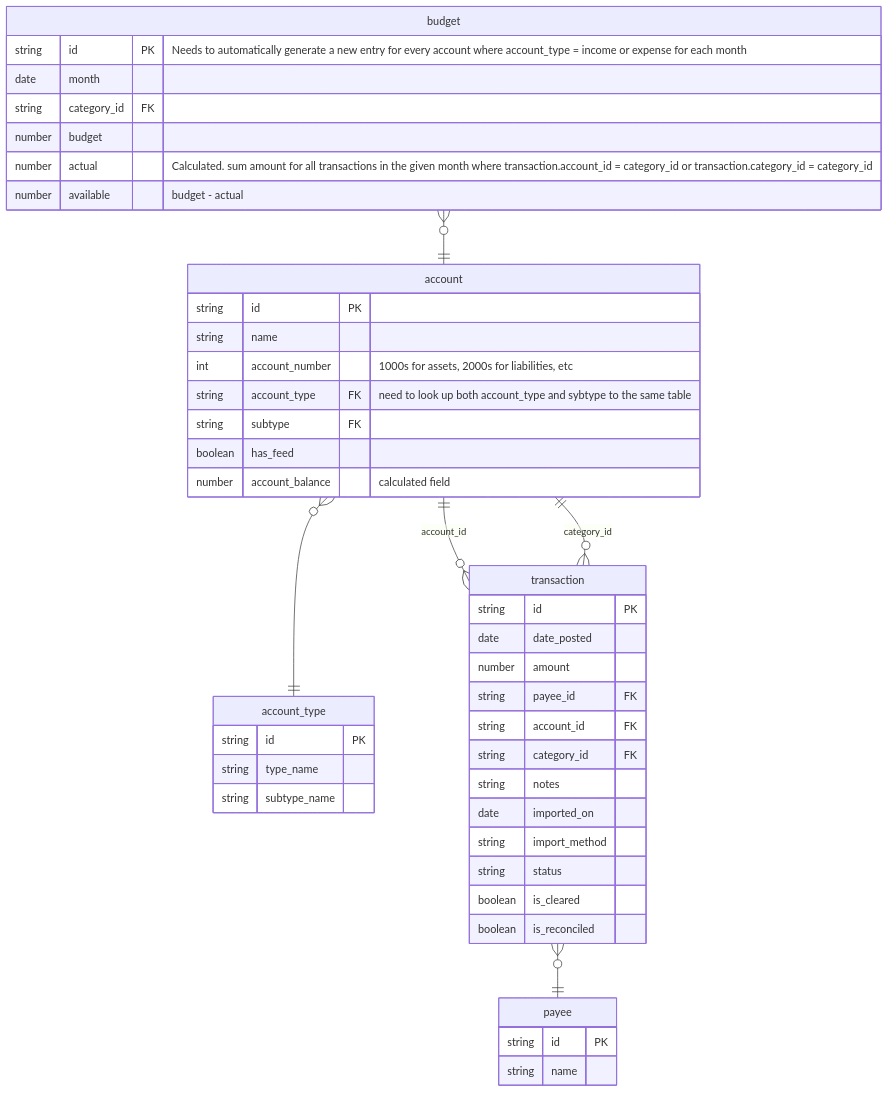
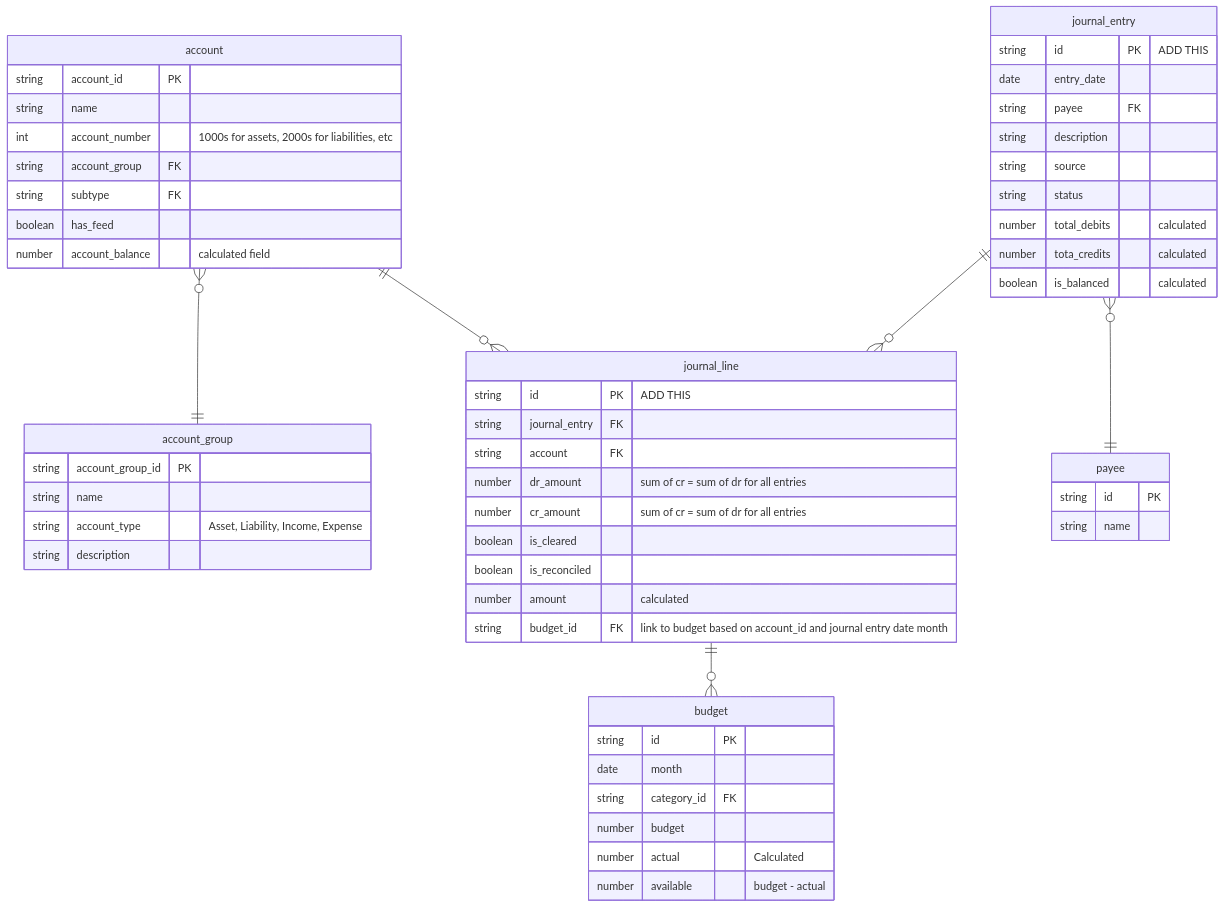
The diagram in docs/architecture.md (LePet1tPrince/koala_budget), drawn with Mermaid before and after one commit. The commit also changed other lines of this file, not shown here.

Commit message:
Document model structure in architecture.md
Added model structure diagram for financial architecture.

````diff
--- a/docs/architecture.md
+++ b/docs/architecture.md
@@ -10,56 +13,67 @@
 ```mermaid
 erDiagram
 	direction TB
 	payee {
 		string id PK ""
 		string name  ""
 	}
 
+	account_group {
+		string account_group_id PK ""
+		string name ""
+		string account_type "Asset, Liability, Income, Expense"
+		string description ""
+	}
+
+
 	account {
-		string id PK ""
+		string account_id PK ""
 		string name  ""
 		int account_number  "1000s for assets, 2000s for liabilities, etc"
-		string account_type FK " need to look up both account_type and sybtype to the same table"
+		string account_group FK ""
 		string subtype FK ""
 		boolean has_feed  ""
 		number account_balance  "calculated field"
 	}
 
-	account_type {
-		string id PK ""
-		string type_name  ""
-		string subtype_name  ""
+	journal_entry {
+		string id PK "ADD THIS"
+		date entry_date  ""
+		string payee FK ""
+		string description  ""
+		string source  ""
+		string status  ""
+		number total_debits "calculated"
+		number tota_credits "calculated"
+		boolean is_balanced "calculated"
+	}
+
+	journal_line {
+		string id PK "ADD THIS"
+		string journal_entry FK ""
+		string account FK ""
+		number dr_amount  "sum of cr = sum of dr for all entries"
+		number cr_amount  "sum of cr = sum of dr for all entries"
+		boolean is_cleared  ""
+		boolean is_reconciled  ""
+		number amount "calculated"
+		string budget_id FK "link to budget based on account_id and journal entry date month"
 	}
 
 
-	transaction {
+	budget {
 		string id PK ""
-		date date_posted  ""
-		number amount  ""
-		string payee_id FK ""
-		string account_id FK ""
-		string category_id FK ""
-		string notes  ""
-		date imported_on  ""
-		string import_method  ""
-		string status  ""
-		boolean is_cleared  ""
-		boolean is_reconciled  ""
-	}
-
-	budget {
-		string id PK "Needs to automatically generate a new entry for every account where account_type = income or expense for each month"
 		date month ""
 		string category_id FK ""
 		number budget ""
-		number actual "Calculated. sum amount for all transactions in the given month where transaction.account_id = category_id or transaction.category_id = category_id"
+		number actual "Calculated"
 		number available "budget - actual"
 	}
 
-	transaction}o--||payee:" "
-	account}o--||account_type:"  "
-	account||--o{transaction:" account_id"
-	account||--o{transaction:" category_id"
-	budget}o--||account: ""
 
+	account}o--||account_group:"  "
+	account||--o{journal_line:"  "
+	journal_entry||--o{journal_line:"  "
+	journal_entry}o--||payee:"  "
+	journal_line||--o{budget:"  "
 ```
````
